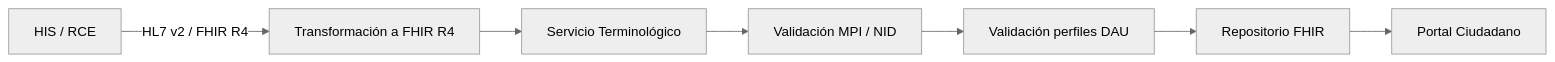
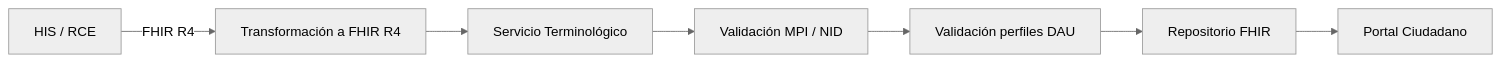
The first of 2 diagrams in input/pagecontent/arquitectura.md (rchristiansen/CL-URGENCIA), drawn with Mermaid (neutral theme) before and after one commit. The commit also changed other lines of this file and 7 other files, not shown here.

Commit message:
refactor: se elimina transformación HL7 v2 y se adopta FHIR R4 directo

```diff
--- a/input/pagecontent/arquitectura.md
+++ b/input/pagecontent/arquitectura.md
@@ -28,9 +28,9 @@
 <div class="mermaid">
 flowchart LR
-    HIS["HIS / RCE"] -->|"HL7 v2 / FHIR R4"| TRANS["Transformación a FHIR R4"]
+    HIS["HIS / RCE"] -->|"FHIR R4"| TRANS["Transformación a FHIR R4"]
     TRANS --> TERM["Servicio Terminológico"]
     TERM --> MPI["Validación MPI / NID"]
     MPI --> VAL["Validación perfiles DAU"]
     VAL --> REP["Repositorio FHIR"]
     REP --> PORTAL["Portal Ciudadano"]
 </div>
```
